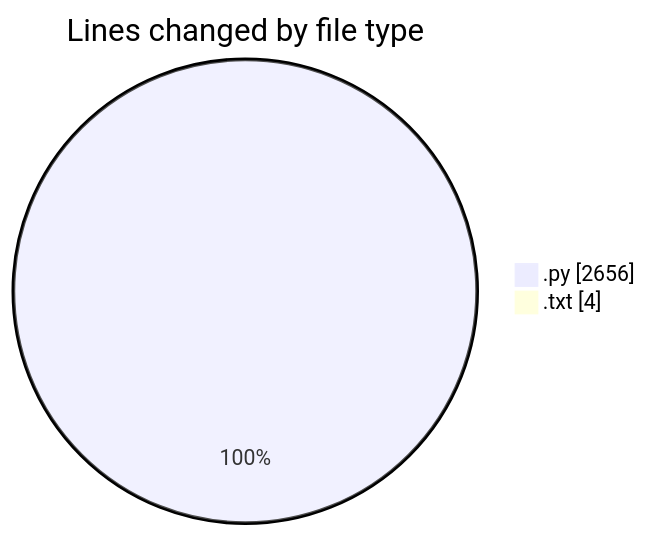
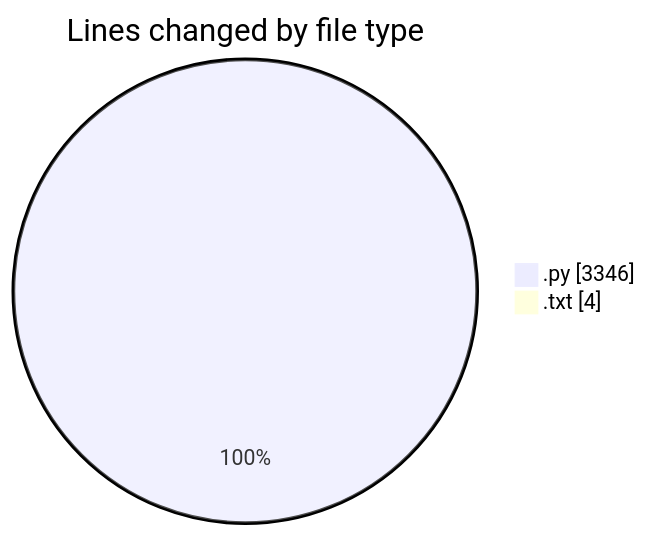
One commit to CELIANVF/code-tracking changed the first of 2 diagrams in 2025-06-01/video_app/README.md. Above: the diagram before and after it, drawn with Mermaid. The commit also changed other lines of this file and 1 other file, not shown here.

````diff
--- a/2025-06-01/video_app/README.md
+++ b/2025-06-01/video_app/README.md
@@ -28,6 +28,6 @@
 ```mermaid
 pie showData
 title Lines changed by file type
-".py" : 2656
+".py" : 3346
 ".txt" : 4
 ```
````
